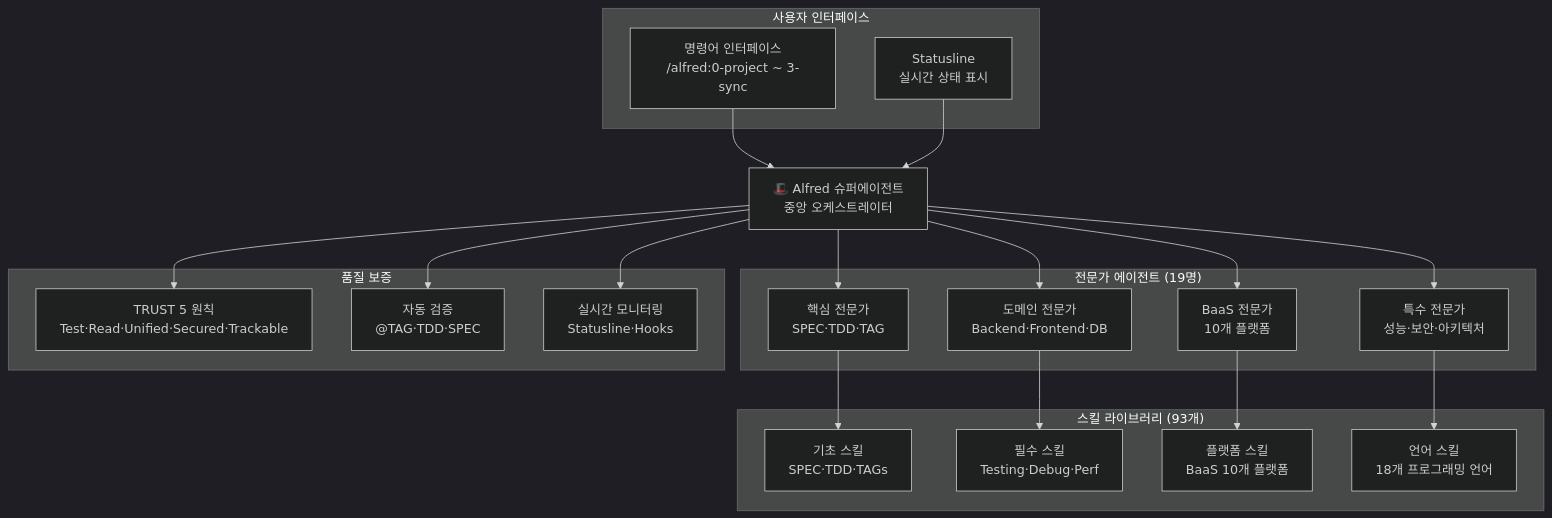
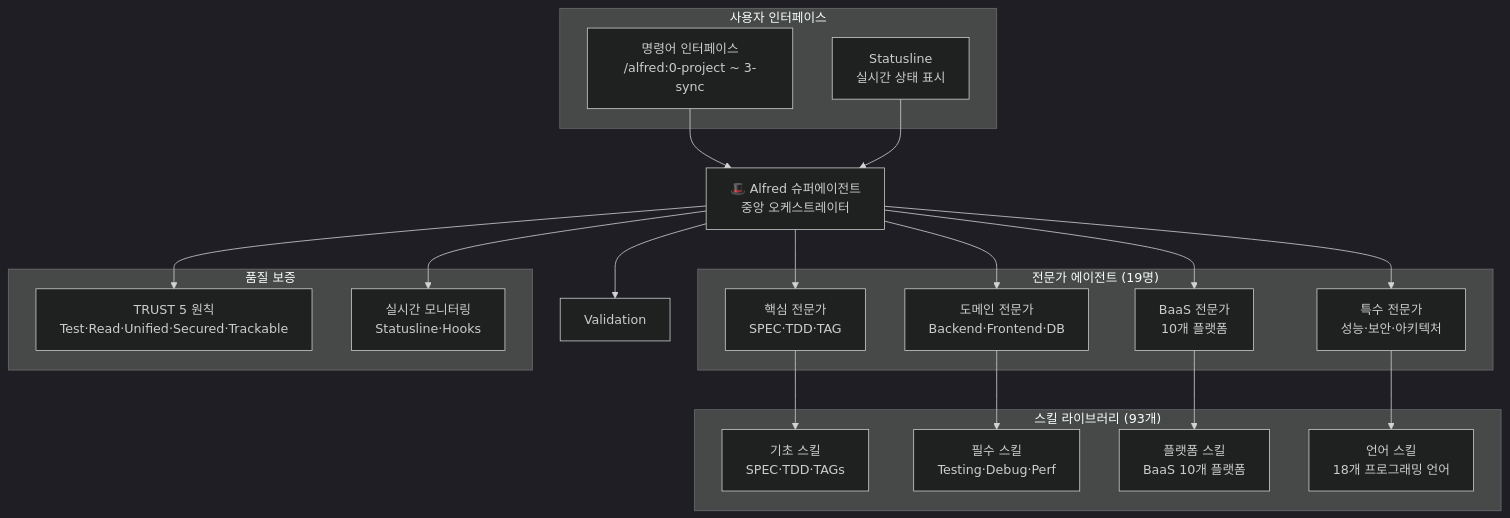
Before and after one commit to modu-ai/moai-adk: the diagram in docs/pages/features/index.md, drawn with Mermaid (dark theme). The commit also changed other lines of this file and 670 other files, not shown here.

````diff
--- a/docs/pages/features/index.md
+++ b/docs/pages/features/index.md
@@ -142,45 +135,44 @@
 ```mermaid
 graph TD
     Alfred["🎩 Alfred 슈퍼에이전트<br/>중앙 오케스트레이터"]
 
     subgraph "사용자 인터페이스"
         CLI["명령어 인터페이스<br/>/alfred:0-project ~ 3-sync"]
         Status["Statusline<br/>실시간 상태 표시"]
     end
 
     subgraph "전문가 에이전트 (19명)"
         Core["핵심 전문가<br/>SPEC·TDD·TAG"]
         Domain["도메인 전문가<br/>Backend·Frontend·DB"]
         BaaS["BaaS 전문가<br/>10개 플랫폼"]
         Specialist["특수 전문가<br/>성능·보안·아키텍처"]
     end
 
     subgraph "스킬 라이브러리 (93개)"
         Foundation["기초 스킬<br/>SPEC·TDD·TAGs"]
         Essential["필수 스킬<br/>Testing·Debug·Perf"]
         Platforms["플랫폼 스킬<br/>BaaS 10개 플랫폼"]
         Languages["언어 스킬<br/>18개 프로그래밍 언어"]
     end
 
     subgraph "품질 보증"
         Trust["TRUST 5 원칙<br/>Test·Read·Unified·Secured·Trackable"]
-        Validation["자동 검증<br/>@TAG·TDD·SPEC"]
         Monitoring["실시간 모니터링<br/>Statusline·Hooks"]
     end
 
     CLI --> Alfred
     Status --> Alfred
     Alfred --> Core
     Alfred --> Domain
     Alfred --> BaaS
     Alfred --> Specialist
 
     Core --> Foundation
     Domain --> Essential
     BaaS --> Platforms
     Specialist --> Languages
 
     Alfred --> Trust
     Alfred --> Validation
     Alfred --> Monitoring
 ```
````
